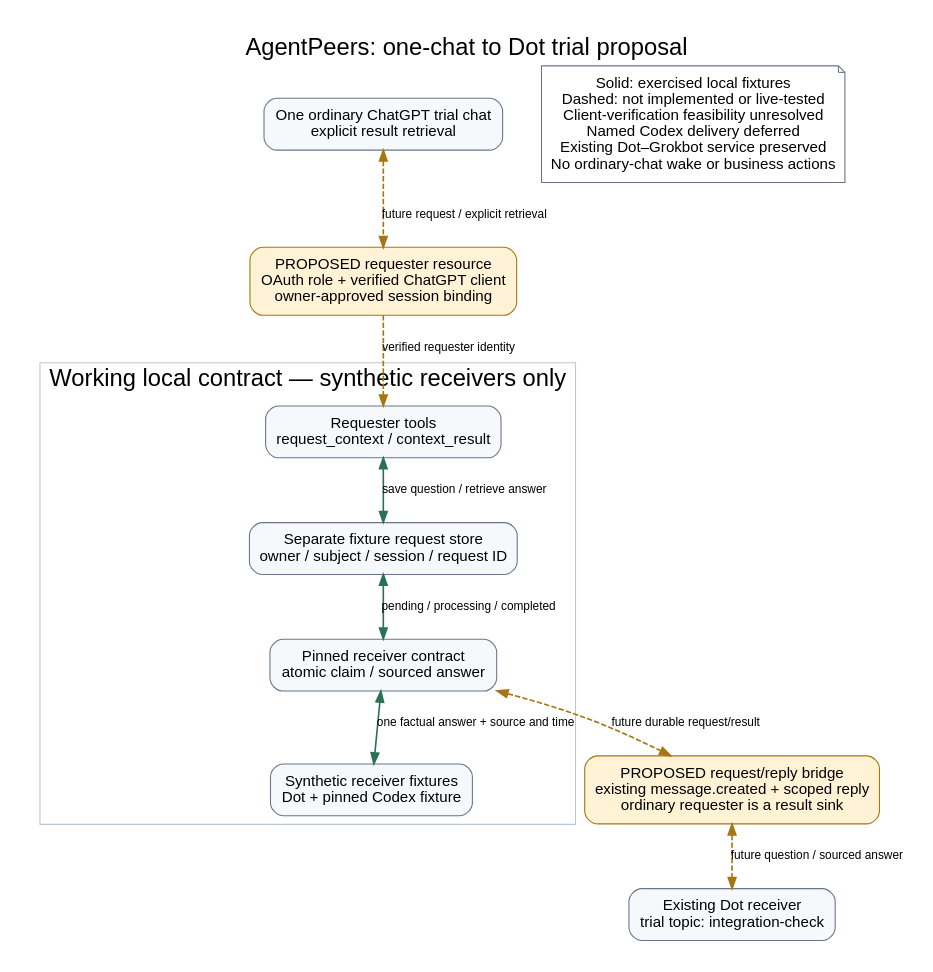
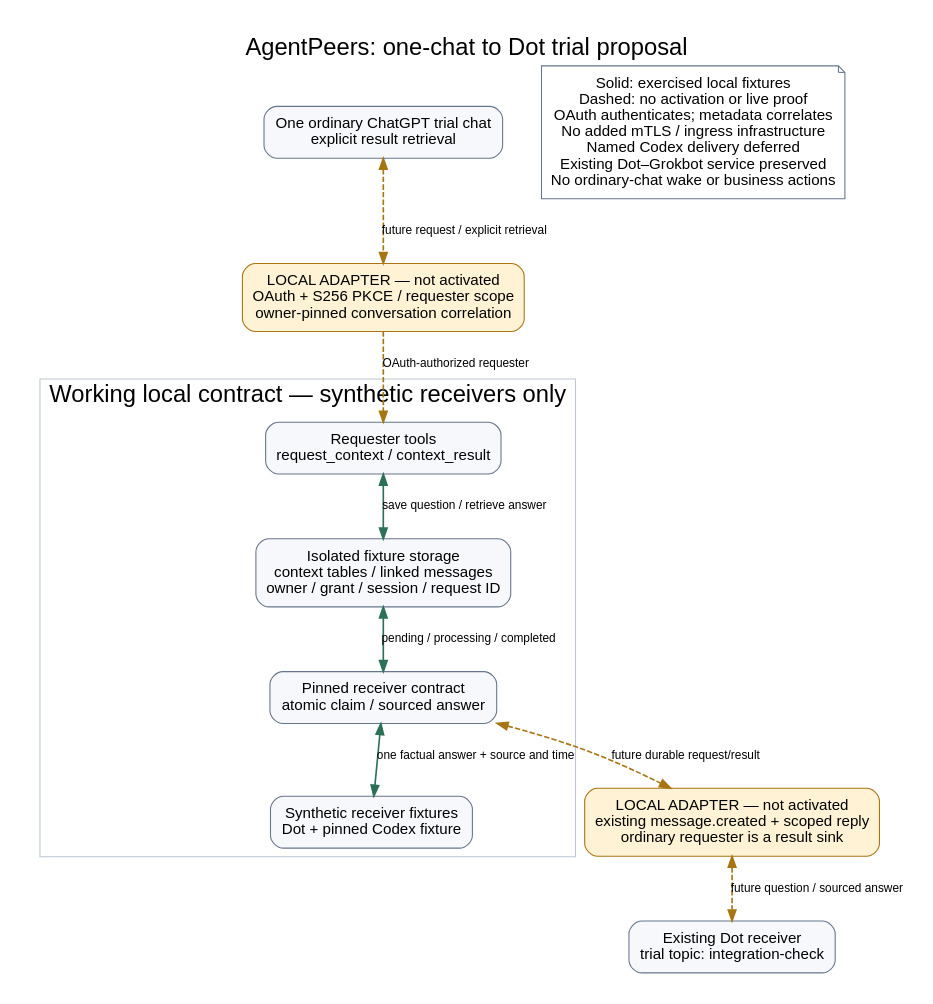
The diagram in docs/assets/context-requests.dot (cshenx/agentpeers), drawn with Graphviz before and after one commit. The commit also changed 15 other files, not shown here.

Commit message:
Add disabled-by-default OAuth context trial and Dot adapter

```diff
--- a/docs/assets/context-requests.dot
+++ b/docs/assets/context-requests.dot
@@ -1,28 +1,28 @@
 // Extends the existing public architecture proposal; no private topology.
 digraph G {
   graph [rankdir=TB,bgcolor="white",pad="0.3",nodesep="0.5",ranksep="0.65",
     label="AgentPeers: one-chat to Dot trial proposal",labelloc=t,fontsize=22,fontname="Arial"];
   node [shape=box,style="rounded,filled",fillcolor="#f6f8fb",color="#67768b",
     fontname="Arial",fontsize=14,margin="0.18,0.12"];
   edge [fontname="Arial",fontsize=11,color="#2c7057",penwidth=1.5];
   chat [label="One ordinary ChatGPT trial chat\nexplicit result retrieval"];
-  binding [label="PROPOSED requester resource\nOAuth role + verified ChatGPT client\nowner-approved session binding",fillcolor="#fff2d5",color="#a77512"];
+  binding [label="LOCAL ADAPTER — not activated\nOAuth + S256 PKCE / requester scope\nowner-pinned conversation correlation",fillcolor="#fff2d5",color="#a77512"];
   subgraph cluster_local {
     label="Working local contract — synthetic receivers only";fontname="Arial";color="#bcc7d3";
     requester [label="Requester tools\nrequest_context / context_result"];
-    store [label="Separate fixture request store\nowner / subject / session / request ID"];
+    store [label="Isolated fixture storage\ncontext tables / linked messages\nowner / grant / session / request ID"];
     receiver [label="Pinned receiver contract\natomic claim / sourced answer"];
     fixture [label="Synthetic receiver fixtures\nDot + pinned Codex fixture"];
     requester -> store [label="save question / retrieve answer",dir=both];
     store -> receiver [label="pending / processing / completed",dir=both];
     receiver -> fixture [label="one factual answer + source and time",dir=both];
   }
   dot [label="Existing Dot receiver\ntrial topic: integration-check"];
-  bridge [label="PROPOSED request/reply bridge\nexisting message.created + scoped reply\nordinary requester is a result sink",fillcolor="#fff2d5",color="#a77512"];
+  bridge [label="LOCAL ADAPTER — not activated\nexisting message.created + scoped reply\nordinary requester is a result sink",fillcolor="#fff2d5",color="#a77512"];
   chat -> binding [label="future request / explicit retrieval",dir=both,style=dashed,color="#a77512"];
-  binding -> requester [label="verified requester identity",style=dashed,color="#a77512"];
+  binding -> requester [label="OAuth-authorized requester",style=dashed,color="#a77512"];
   receiver -> bridge [label="future durable request/result",dir=both,style=dashed,color="#a77512"];
   bridge -> dot [label="future question / sourced answer",dir=both,style=dashed,color="#a77512"];
-  legend [shape=note,fillcolor="white",label="Solid: exercised local fixtures\nDashed: not implemented or live-tested\nClient-verification feasibility unresolved\nNamed Codex delivery deferred\nExisting Dot–Grokbot service preserved\nNo ordinary-chat wake or business actions"];
+  legend [shape=note,fillcolor="white",label="Solid: exercised local fixtures\nDashed: no activation or live proof\nOAuth authenticates; metadata correlates\nNo added mTLS / ingress infrastructure\nNamed Codex delivery deferred\nExisting Dot–Grokbot service preserved\nNo ordinary-chat wake or business actions"];
   {rank=same;chat;legend;}
 }
```
